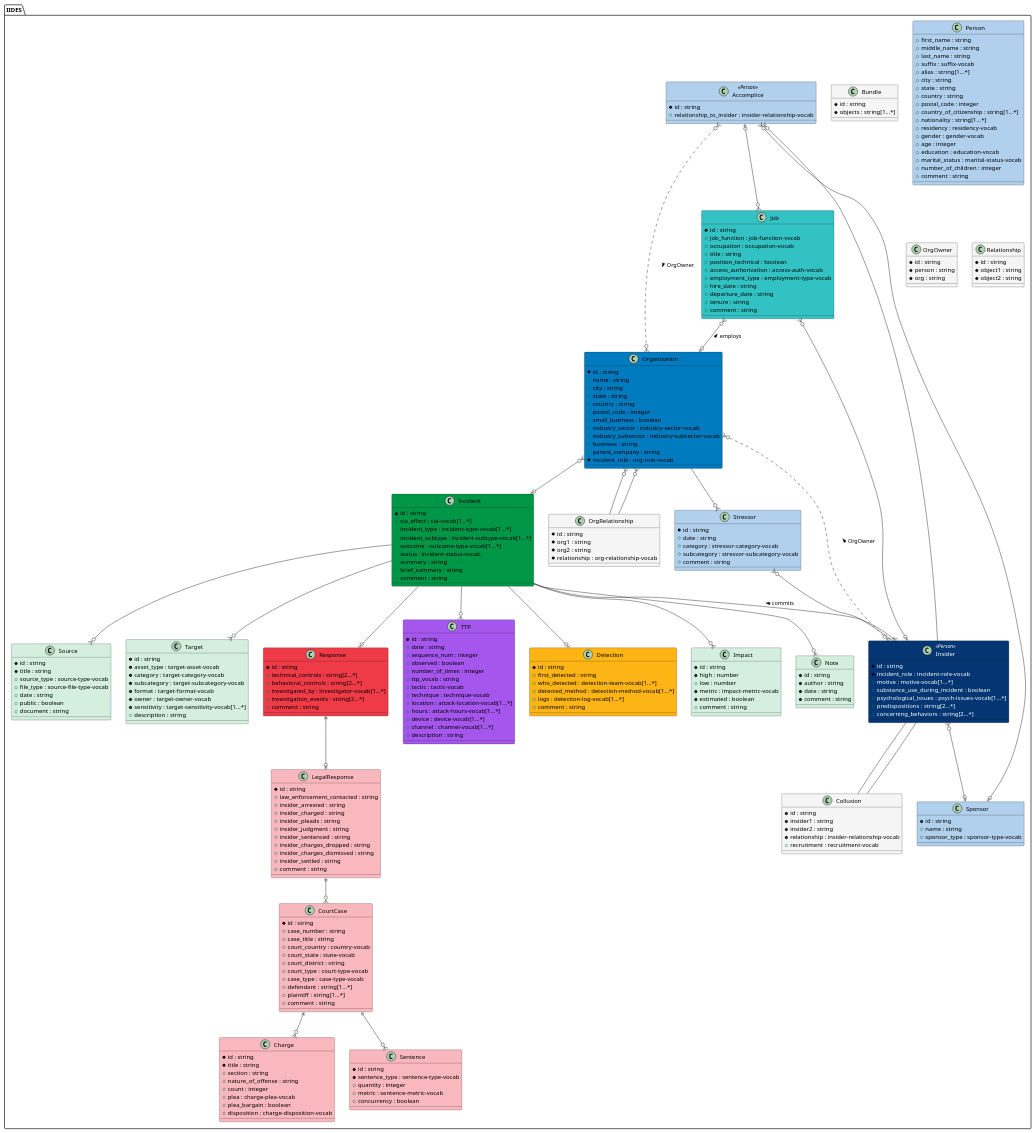
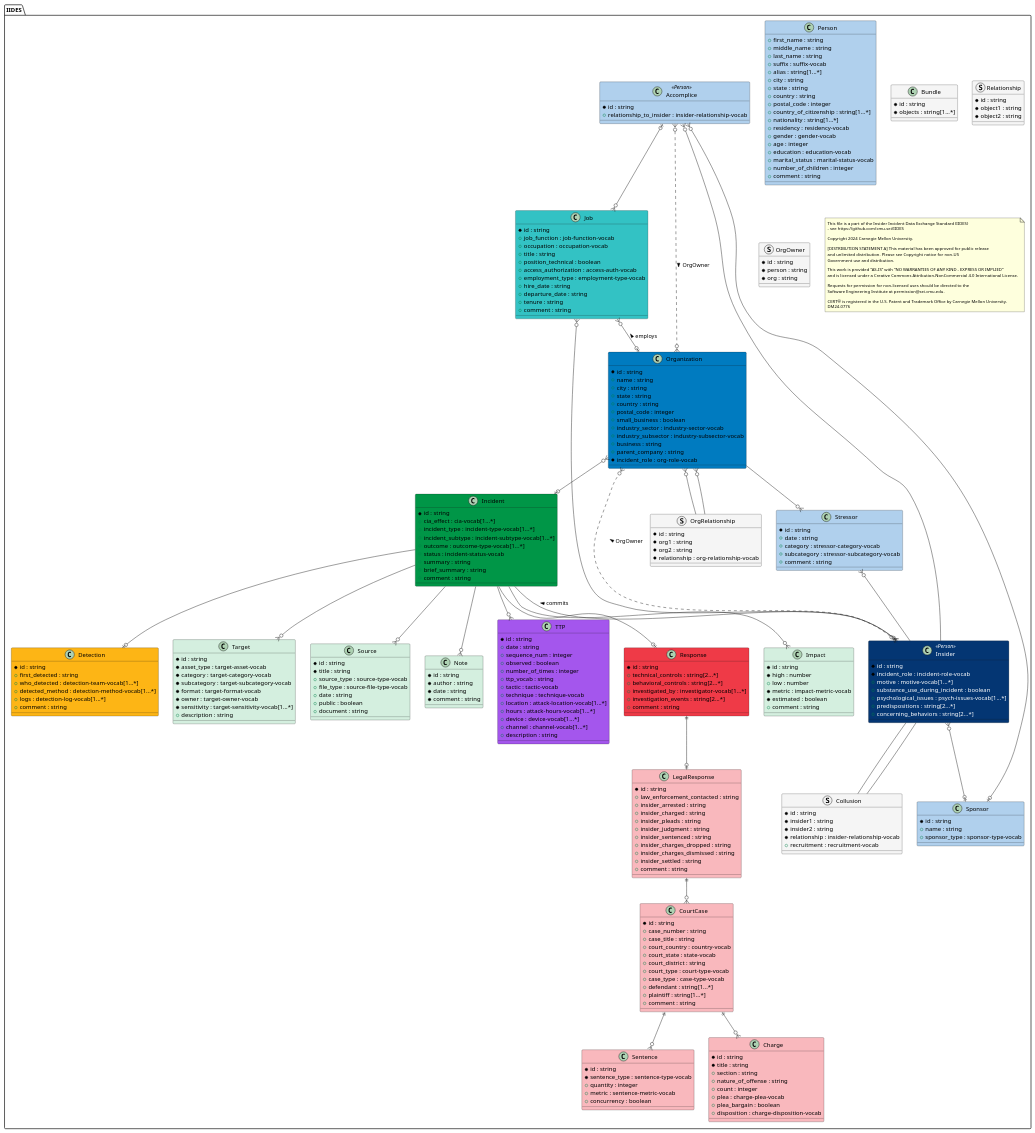
One commit to cmu-sei/iides changed the diagram in UML/source/iides.wsd. Above: the diagram before and after it, drawn with PlantUML. The commit also changed 57 other files, not shown here.

```diff
--- a/UML/source/iides.wsd
+++ b/UML/source/iides.wsd
@@ -2,52 +2,31 @@
 package "IIDES" #fff {
 
 
+class Sponsor #b0d0ed {
+	* id : string 
+	+ name : string 
+	+ sponsor_type : sponsor-type-vocab 
+}
+class Stressor #b0d0ed {
+	* id : string 
+	+ date : string 
+	+ category : stressor-category-vocab 
+	+ subcategory : stressor-subcategory-vocab 
+	+ comment : string 
+}
 class Accomplice <<Person>> #b0d0ed {
 	* id : string 
 	+ relationship_to_insider : insider-relationship-vocab 
 }
-class Bundle #F5F5F5 {
+class Target #D4EFDF {
 	* id : string 
-	* objects : string[1...*] 
-}
-class Charge #f9b8bd {
-	* id : string 
-	* title : string 
-	+ section : string 
-	+ nature_of_offense : string 
-	+ count : integer 
-	+ plea : charge-plea-vocab 
-	+ plea_bargain : boolean 
-	+ disposition : charge-disposition-vocab 
-}
-class CourtCase #f9b8bd {
-	* id : string 
-	+ case_number : string 
-	+ case_title : string 
-	+ court_country : country-vocab 
-	+ court_state : state-vocab 
-	+ court_district : string 
-	+ court_type : court-type-vocab 
-	+ case_type : case-type-vocab 
-	+ defendant : string[1...*] 
-	+ plaintiff : string[1...*] 
-	+ comment : string 
-}
-class Detection #FDB515 {
-	* id : string 
-	+ first_detected : string 
-	+ who_detected : detection-team-vocab[1...*] 
-	+ detected_method : detection-method-vocab[1...*] 
-	+ logs : detection-log-vocab[1...*] 
-	+ comment : string 
-}
-class Impact #D4EFDF {
-	* id : string 
-	* high : number 
-	+ low : number 
-	* metric : impact-metric-vocab 
-	* estimated : boolean 
-	+ comment : string 
+	* asset_type : target-asset-vocab 
+	* category : target-category-vocab 
+	* subcategory : target-subcategory-vocab 
+	* format : target-format-vocab 
+	* owner : target-owner-vocab 
+	* sensitivity : target-sensitivity-vocab[1...*] 
+	+ description : string 
 }
 class Incident #009647 {
 	* id : string 
@@ -60,27 +39,14 @@
 	+ brief_summary : string 
 	+ comment : string 
 }
-class Insider <<Person>> #043673;text:white {
+class Source #D4EFDF {
 	* id : string 
-	* incident_role : incident-role-vocab 
-	+ motive : motive-vocab[1...*] 
-	+ substance_use_during_incident : boolean 
-	+ psychological_issues : psych-issues-vocab[1...*] 
-	+ predispositions : string[2...*] 
-	+ concerning_behaviors : string[2...*] 
-}
-class Job #33c2C4 {
-	* id : string 
-	+ job_function : job-function-vocab 
-	+ occupation : occupation-vocab 
-	+ title : string 
-	+ position_technical : boolean 
-	+ access_authorization : access-auth-vocab 
-	+ employment_type : employment-type-vocab 
-	+ hire_date : string 
-	+ departure_date : string 
-	+ tenure : string 
-	+ comment : string 
+	* title : string 
+	+ source_type : source-type-vocab 
+	+ file_type : source-file-type-vocab 
+	+ date : string 
+	+ public : boolean 
+	+ document : string 
 }
 class LegalResponse #f9b8bd {
 	* id : string 
@@ -94,26 +60,6 @@
 	+ insider_charges_dismissed : string 
 	+ insider_settled : string 
 	+ comment : string 
-}
-class Note #D4EFDF {
-	* id : string 
-	* author : string 
-	* date : string 
-	* comment : string 
-}
-class Organization #007BC0 {
-	* id : string 
-	+ name : string 
-	+ city : string 
-	+ state : string 
-	+ country : string 
-	+ postal_code : integer 
-	+ small_business : boolean 
-	+ industry_sector : industry-sector-vocab 
-	+ industry_subsector : industry-subsector-vocab 
-	+ business : string 
-	+ parent_company : string 
-	* incident_role : org-role-vocab 
 }
 class Person #b0d0ed {
 	+ first_name : string 
@@ -135,13 +81,15 @@
 	+ number_of_children : integer 
 	+ comment : string 
 }
-class Response #EF3A47 {
+class Note #D4EFDF {
 	* id : string 
-	+ technical_controls : string[2...*] 
-	+ behavioral_controls : string[2...*] 
-	+ investigated_by : investigator-vocab[1...*] 
-	+ investigation_events : string[2...*] 
-	+ comment : string 
+	* author : string 
+	* date : string 
+	* comment : string 
+}
+class Bundle #F5F5F5 {
+	* id : string 
+	* objects : string[1...*] 
 }
 class Sentence #f9b8bd {
 	* id : string 
@@ -149,37 +97,6 @@
 	+ quantity : integer 
 	+ metric : sentence-metric-vocab 
 	+ concurrency : boolean 
-}
-class Source #D4EFDF {
-	* id : string 
-	* title : string 
-	+ source_type : source-type-vocab 
-	+ file_type : source-file-type-vocab 
-	+ date : string 
-	+ public : boolean 
-	+ document : string 
-}
-class Sponsor #b0d0ed {
-	* id : string 
-	+ name : string 
-	+ sponsor_type : sponsor-type-vocab 
-}
-class Stressor #b0d0ed {
-	* id : string 
-	+ date : string 
-	+ category : stressor-category-vocab 
-	+ subcategory : stressor-subcategory-vocab 
-	+ comment : string 
-}
-class Target #D4EFDF {
-	* id : string 
-	* asset_type : target-asset-vocab 
-	* category : target-category-vocab 
-	* subcategory : target-subcategory-vocab 
-	* format : target-format-vocab 
-	* owner : target-owner-vocab 
-	* sensitivity : target-sensitivity-vocab[1...*] 
-	+ description : string 
 }
 class TTP #A456ED {
 	* id : string 
@@ -196,28 +113,111 @@
 	+ channel : channel-vocab[1...*] 
 	+ description : string 
 }
-class Collusion #F5F5F5 {
+class Job #33c2C4 {
+	* id : string 
+	+ job_function : job-function-vocab 
+	+ occupation : occupation-vocab 
+	+ title : string 
+	+ position_technical : boolean 
+	+ access_authorization : access-auth-vocab 
+	+ employment_type : employment-type-vocab 
+	+ hire_date : string 
+	+ departure_date : string 
+	+ tenure : string 
+	+ comment : string 
+}
+class Charge #f9b8bd {
+	* id : string 
+	* title : string 
+	+ section : string 
+	+ nature_of_offense : string 
+	+ count : integer 
+	+ plea : charge-plea-vocab 
+	+ plea_bargain : boolean 
+	+ disposition : charge-disposition-vocab 
+}
+class Impact #D4EFDF {
+	* id : string 
+	* high : number 
+	+ low : number 
+	* metric : impact-metric-vocab 
+	* estimated : boolean 
+	+ comment : string 
+}
+class Organization #007BC0 {
+	* id : string 
+	+ name : string 
+	+ city : string 
+	+ state : string 
+	+ country : string 
+	+ postal_code : integer 
+	+ small_business : boolean 
+	+ industry_sector : industry-sector-vocab 
+	+ industry_subsector : industry-subsector-vocab 
+	+ business : string 
+	+ parent_company : string 
+	* incident_role : org-role-vocab 
+}
+class CourtCase #f9b8bd {
+	* id : string 
+	+ case_number : string 
+	+ case_title : string 
+	+ court_country : country-vocab 
+	+ court_state : state-vocab 
+	+ court_district : string 
+	+ court_type : court-type-vocab 
+	+ case_type : case-type-vocab 
+	+ defendant : string[1...*] 
+	+ plaintiff : string[1...*] 
+	+ comment : string 
+}
+class Insider <<Person>> #043673;text:white {
+	* id : string 
+	* incident_role : incident-role-vocab 
+	+ motive : motive-vocab[1...*] 
+	+ substance_use_during_incident : boolean 
+	+ psychological_issues : psych-issues-vocab[1...*] 
+	+ predispositions : string[2...*] 
+	+ concerning_behaviors : string[2...*] 
+}
+class Response #EF3A47 {
+	* id : string 
+	+ technical_controls : string[2...*] 
+	+ behavioral_controls : string[2...*] 
+	+ investigated_by : investigator-vocab[1...*] 
+	+ investigation_events : string[2...*] 
+	+ comment : string 
+}
+class Detection #FDB515 {
+	* id : string 
+	+ first_detected : string 
+	+ who_detected : detection-team-vocab[1...*] 
+	+ detected_method : detection-method-vocab[1...*] 
+	+ logs : detection-log-vocab[1...*] 
+	+ comment : string 
+}
+struct OrgRelationship #F5F5F5 {
+	* id : string 
+	* org1 : string 
+	* org2 : string 
+	* relationship : org-relationship-vocab 
+}
+struct Relationship #F5F5F5 {
+	* id : string 
+	* object1 : string 
+	* object2 : string 
+}
+struct OrgOwner #F5F5F5 {
+	* id : string 
+	* person : string 
+	* org : string 
+}
+struct Collusion #F5F5F5 {
 	* id : string 
 	* insider1 : string 
 	* insider2 : string 
 	* relationship : insider-relationship-vocab 
 	+ recruitment : recruitment-vocab 
-}
-class OrgOwner #F5F5F5 {
-	* id : string 
-	* person : string 
-	* org : string 
-}
-class OrgRelationship #F5F5F5 {
-	* id : string 
-	* org1 : string 
-	* org2 : string 
-	* relationship : org-relationship-vocab 
-}
-class Relationship #F5F5F5 {
-	* id : string 
-	* object1 : string 
-	* object2 : string 
 }
 
     Insider --o{ Accomplice
@@ -247,5 +247,24 @@
     Organization --o{ Stressor
     Stressor }o-- Insider
     Incident --o{ TTP
+note as N1
+<size:10>This file is a part of the Insider Incident Data Exchange Standard (IIDES)
+<size:10>- see https://github.com/cmu-sei/IIDES
+<size:5> 
+<size:10>Copyright 2024 Carnegie Mellon University.
+<size:5> 
+<size:10>[DISTRIBUTION STATEMENT A] This material has been approved for public release
+<size:10>and unlimited distribution.  Please see Copyright notice for non-US
+<size:10>Government use and distribution.
+<size:5> 
+<size:10>This work is provided “AS-IS” with “NO WARRANTIES OF ANY KIND - EXPRESS OR IMPLIED”
+<size:10>and is licensed under a Creative Commons Attribution-NonCommercial 4.0 International License.
+<size:5> 
+<size:10>Requests for permission for non-licensed uses should be directed to the
+<size:10>Software Engineering Institute at permission@sei.cmu.edu.
+<size:5> 
+<size:10>CERT® is registered in the U.S. Patent and Trademark Office by Carnegie Mellon University.
+<size:10>DM24-0776
+end note
 }
 @enduml
```
